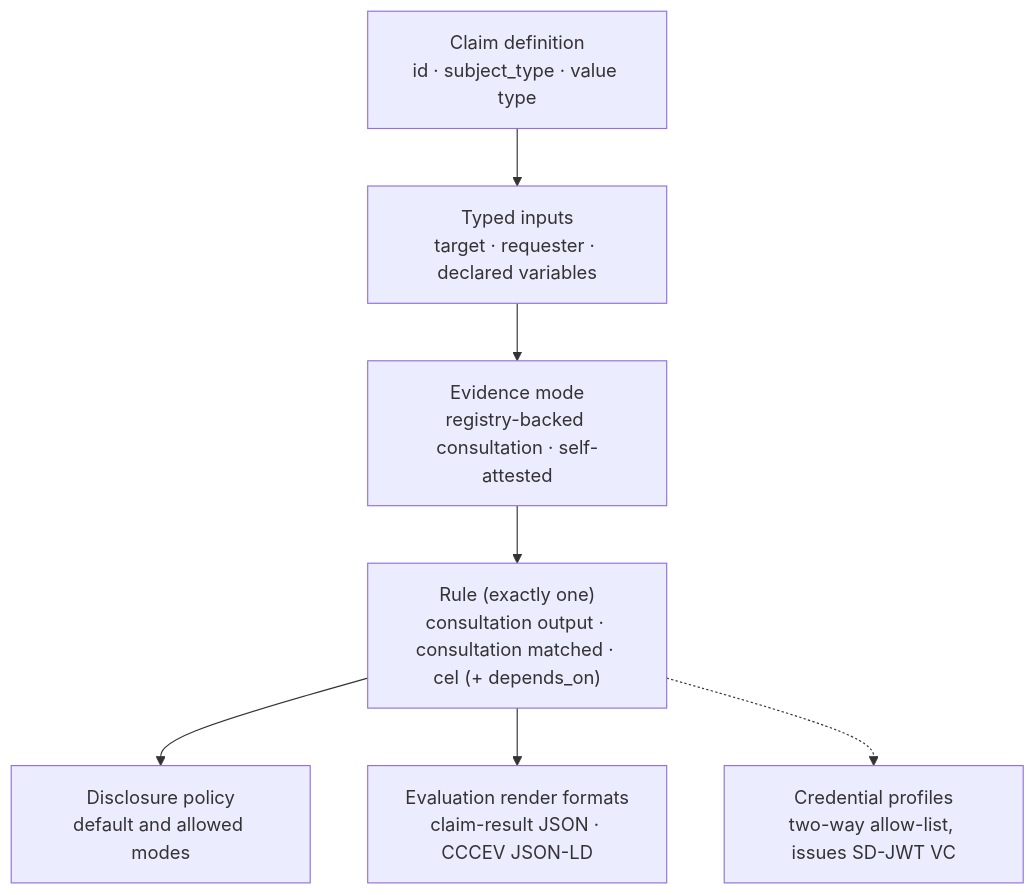
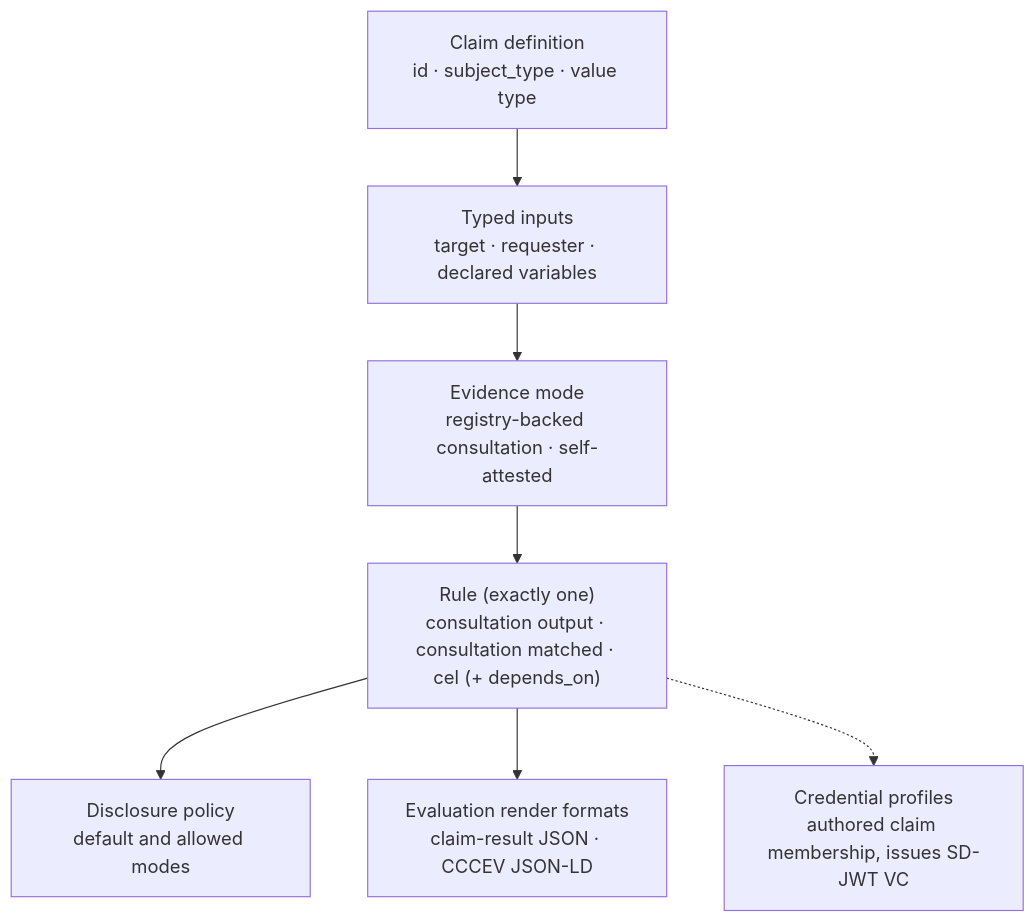
The diagram in docs/site/src/content/docs/spec/rs-dm-claim.mdx (registrystack/registry-stack), drawn with Mermaid before and after one commit. The commit also changed other lines of this file and 15 other files, not shown here.

````diff
--- a/docs/site/src/content/docs/spec/rs-dm-claim.mdx
+++ b/docs/site/src/content/docs/spec/rs-dm-claim.mdx
@@ -68,14 +69,14 @@
 ```mermaid
 flowchart TD
     claim["Claim definition<br/>id · subject_type · value type"]
     inputs["Typed inputs<br/>target · requester · declared variables"]
     evidence["Evidence mode<br/>registry-backed consultation · self-attested"]
     rule["Rule (exactly one)<br/>consultation output · consultation matched · cel (+ depends_on)"]
     disclosure["Disclosure policy<br/>default and allowed modes"]
     formats["Evaluation render formats<br/>claim-result JSON · CCCEV JSON-LD"]
-    creds["Credential profiles<br/>two-way allow-list, issues SD-JWT VC"]
+    creds["Credential profiles<br/>authored claim membership, issues SD-JWT VC"]
     claim --> inputs --> evidence --> rule
     rule --> disclosure
     rule --> formats
     rule -.-> creds
 ```
````
